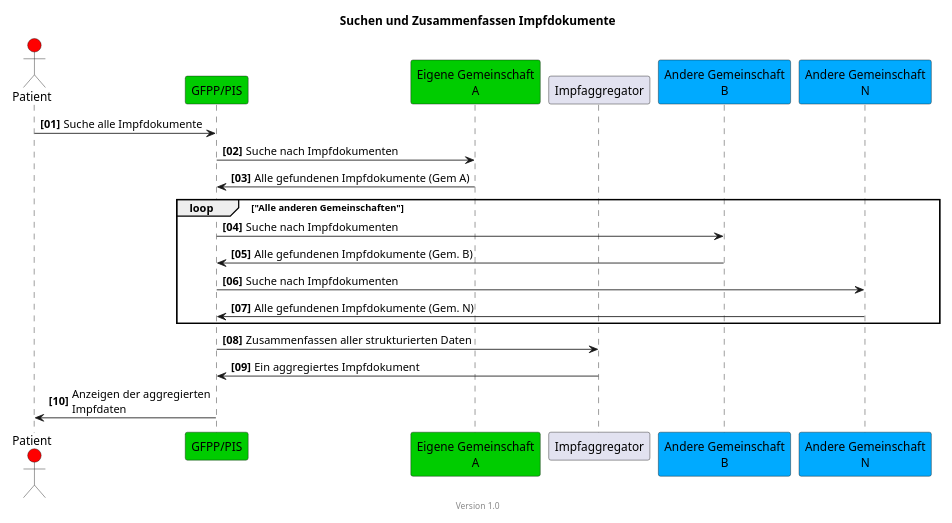
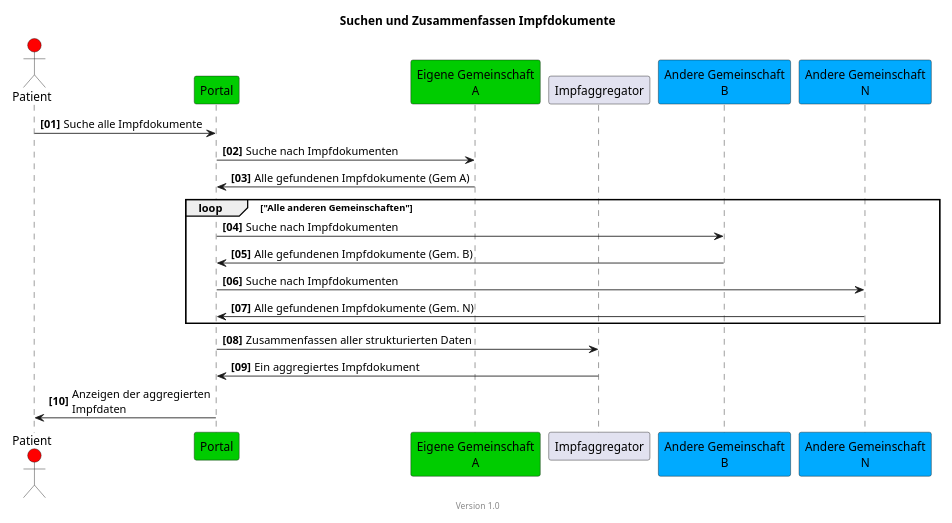
One commit to hl7ch/ch-vacd changed the diagram in input/images-source/epd-find-all-vaccination-docs-simple-patient-de.plantuml. Above: the diagram before and after it, drawn with PlantUML. The commit also changed 11 other files, not shown here.

Commit message:
#194 precise and fix the sequence diagrams. remove pseudonomise and change GFPP/PIS for patient to Portal

```diff
--- a/input/images-source/epd-find-all-vaccination-docs-simple-patient-de.plantuml
+++ b/input/images-source/epd-find-all-vaccination-docs-simple-patient-de.plantuml
@@ -1,31 +1,31 @@
 @startuml
 title Suchen und Zusammenfassen Impfdokumente
 footer Version 1.0
 skinparam responseMessageBelowArrow true
 scale max 800 width
 
 actor Patient #red
-participant "GFPP/PIS" #00CC00
+participant "Portal" #00CC00
 participant "Eigene Gemeinschaft\nA" #00CC00
 
 participant "Impfaggregator"
 participant "Andere Gemeinschaft\nB" #00aaff
 participant "Andere Gemeinschaft\nN" #00aaff
 
 
 autonumber "<b>[00]"
-Patient -> "GFPP/PIS": Suche alle Impfdokumente
-"GFPP/PIS" -> "Eigene Gemeinschaft\nA": Suche nach Impfdokumenten
-"Eigene Gemeinschaft\nA" -> "GFPP/PIS": Alle gefundenen Impfdokumente (Gem A)
+Patient -> "Portal": Suche alle Impfdokumente
+"Portal" -> "Eigene Gemeinschaft\nA": Suche nach Impfdokumenten
+"Eigene Gemeinschaft\nA" -> "Portal": Alle gefundenen Impfdokumente (Gem A)
 loop "Alle anderen Gemeinschaften"
-"GFPP/PIS" -> "Andere Gemeinschaft\nB": Suche nach Impfdokumenten
-"Andere Gemeinschaft\nB" -> "GFPP/PIS": Alle gefundenen Impfdokumente (Gem. B)
+"Portal" -> "Andere Gemeinschaft\nB": Suche nach Impfdokumenten
+"Andere Gemeinschaft\nB" -> "Portal": Alle gefundenen Impfdokumente (Gem. B)
 
-"GFPP/PIS" -> "Andere Gemeinschaft\nN": Suche nach Impfdokumenten
-"Andere Gemeinschaft\nN" -> "GFPP/PIS": Alle gefundenen Impfdokumente (Gem. N)
+"Portal" -> "Andere Gemeinschaft\nN": Suche nach Impfdokumenten
+"Andere Gemeinschaft\nN" -> "Portal": Alle gefundenen Impfdokumente (Gem. N)
 end
-"GFPP/PIS" -> "Impfaggregator": Zusammenfassen aller strukturierten Daten
-"Impfaggregator" ->  "GFPP/PIS": Ein aggregiertes Impfdokument
-"GFPP/PIS" -> Patient: Anzeigen der aggregierten\nImpfdaten
+"Portal" -> "Impfaggregator": Zusammenfassen aller strukturierten Daten
+"Impfaggregator" ->  "Portal": Ein aggregiertes Impfdokument
+"Portal" -> Patient: Anzeigen der aggregierten\nImpfdaten
 
 @enduml
```
